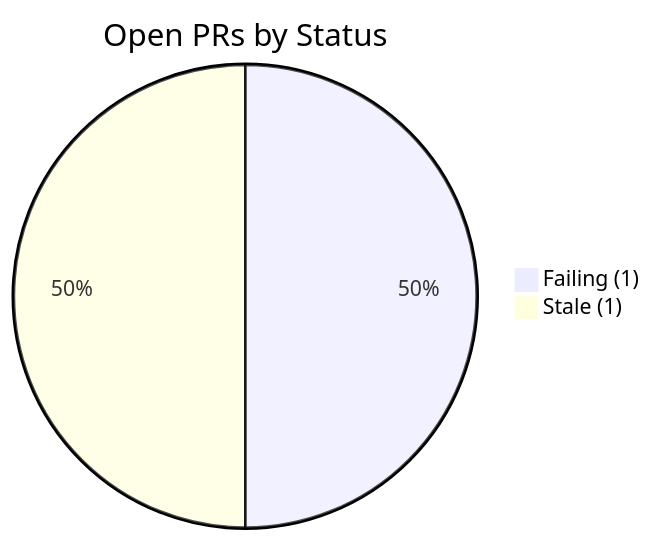
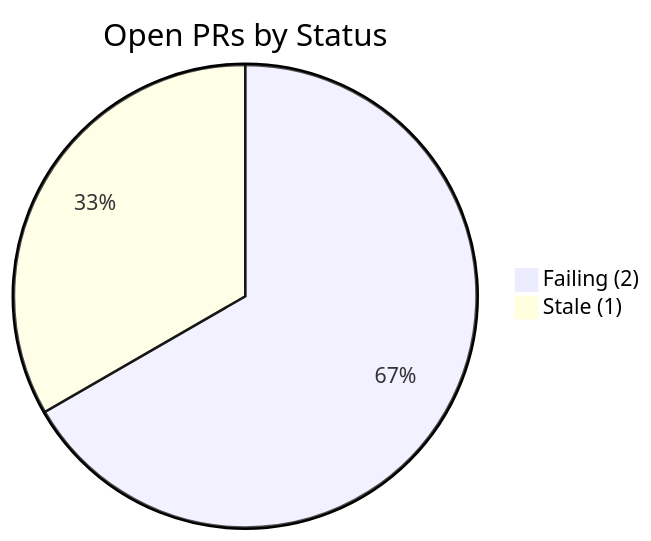
The first of 4 diagrams in docs/tracker.md (Nitsur10/invoice-dashboard-deploy), drawn with Mermaid before and after one commit. The commit also changed other lines of this file and 1 other file, not shown here.

````diff
--- a/docs/tracker.md
+++ b/docs/tracker.md
@@ -18,10 +18,10 @@
 ```mermaid
 pie title Open PRs by Status
     
     
-    "Failing (1)" : 1
+    "Failing (2)" : 2
     
     
     "Stale (1)" : 1
     
 ```
````
